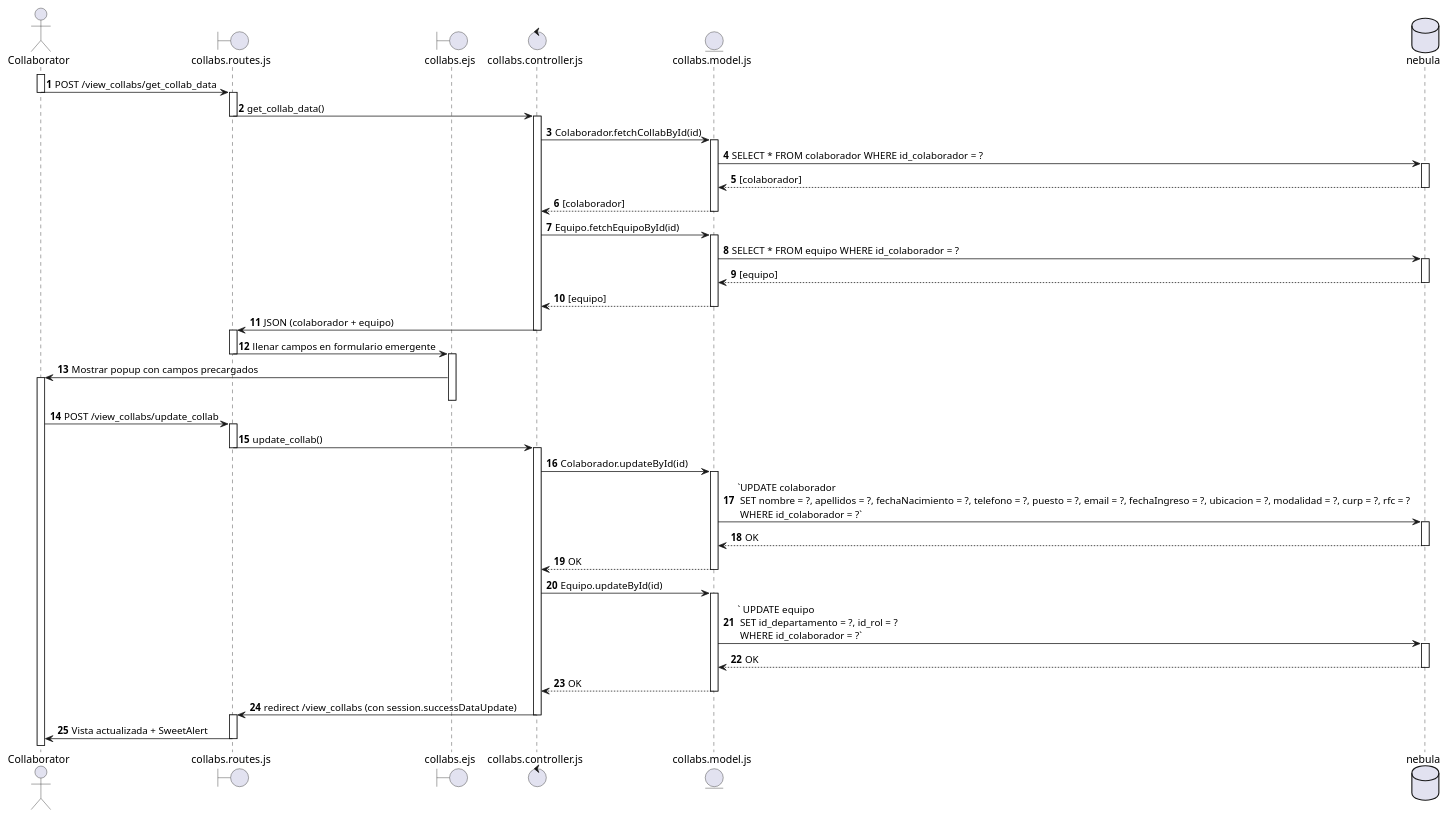
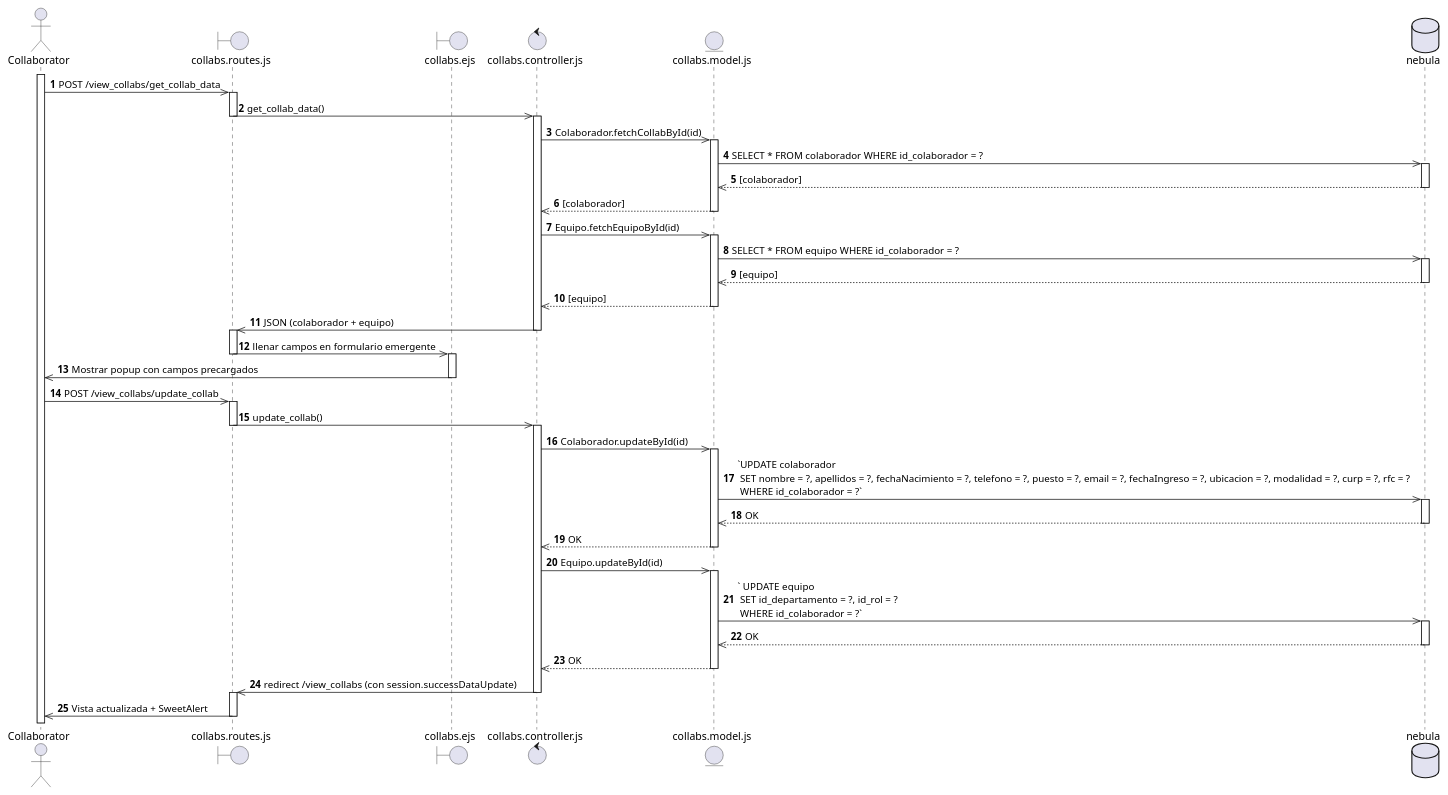
The diagram in diagramas_secuencia/req_31.puml (SALV19/Nebula_tc2005b), drawn with PlantUML before and after one commit. The commit also changed 1 other file, not shown here.

Commit message:
[UPDATE] Secuence Diagram

```diff
--- a/diagramas_secuencia/req_31.puml
+++ b/diagramas_secuencia/req_31.puml
@@ -1,86 +1,84 @@
 @startuml ModificarColaborador_REQ31_FINAL
 autonumber
 
 actor Collaborator
 boundary collabs.routes.js as Routes
 boundary collabs.ejs as View
 control collabs.controller.js as Controller
 entity collabs.model.js as Model
 database nebula as DB
 
 ' === Paso 1: Mostrar vista de colaboradores ===
 activate Collaborator
-Collaborator -> Routes : POST /view_collabs/get_collab_data
-deactivate Collaborator
+Collaborator ->> Routes : POST /view_collabs/get_collab_data
 activate Routes
-Routes -> Controller : get_collab_data()
+Routes ->> Controller : get_collab_data()
 deactivate Routes
 
 activate Controller
-Controller -> Model : Colaborador.fetchCollabById(id)
+Controller ->> Model : Colaborador.fetchCollabById(id)
 activate Model
 
-Model -> DB : SELECT * FROM colaborador WHERE id_colaborador = ?
+Model ->> DB : SELECT * FROM colaborador WHERE id_colaborador = ?
 
 activate DB
-DB --> Model : [colaborador]
+DB -->> Model : [colaborador]
 deactivate DB
-Model --> Controller : [colaborador]
+Model -->> Controller : [colaborador]
 deactivate Model
 
-Controller -> Model : Equipo.fetchEquipoById(id)
+Controller ->> Model : Equipo.fetchEquipoById(id)
 activate Model
-Model -> DB : SELECT * FROM equipo WHERE id_colaborador = ?
+Model ->> DB : SELECT * FROM equipo WHERE id_colaborador = ?
 activate DB
-DB --> Model : [equipo]
+DB -->> Model : [equipo]
 deactivate DB
-Model --> Controller : [equipo]
+Model -->> Controller : [equipo]
 deactivate Model
 
-Controller -> Routes : JSON (colaborador + equipo)
+Controller ->> Routes : JSON (colaborador + equipo)
 deactivate Controller
 activate Routes
-Routes -> View : llenar campos en formulario emergente
+Routes ->> View : llenar campos en formulario emergente
 deactivate Routes
 activate View
-View -> Collaborator : Mostrar popup con campos precargados
-activate Collaborator
+View ->> Collaborator : Mostrar popup con campos precargados
 deactivate View
 
 
 ' === Paso 3: Modificación de datos ===
-Collaborator -> Routes : POST /view_collabs/update_collab
+Collaborator ->> Routes : POST /view_collabs/update_collab
 
 activate Routes
-Routes -> Controller : update_collab()
+Routes ->> Controller : update_collab()
 deactivate Routes
 
 activate Controller
-Controller -> Model : Colaborador.updateById(id)
+Controller ->> Model : Colaborador.updateById(id)
 activate Model
-Model -> DB :`UPDATE colaborador \n SET nombre = ?, apellidos = ?, fechaNacimiento = ?, telefono = ?, puesto = ?, email = ?, fechaIngreso = ?, ubicacion = ?, modalidad = ?, curp = ?, rfc = ? \n WHERE id_colaborador = ?`
+Model ->> DB :`UPDATE colaborador \n SET nombre = ?, apellidos = ?, fechaNacimiento = ?, telefono = ?, puesto = ?, email = ?, fechaIngreso = ?, ubicacion = ?, modalidad = ?, curp = ?, rfc = ? \n WHERE id_colaborador = ?`
 
 activate DB
-DB --> Model : OK
+DB -->> Model : OK
 deactivate DB
-Model --> Controller : OK
+Model -->> Controller : OK
 deactivate Model
 
-Controller -> Model : Equipo.updateById(id)
+Controller ->> Model : Equipo.updateById(id)
 activate Model
 
-Model -> DB :` UPDATE equipo \n SET id_departamento = ?, id_rol = ? \n WHERE id_colaborador = ?`
+Model ->> DB :` UPDATE equipo \n SET id_departamento = ?, id_rol = ? \n WHERE id_colaborador = ?`
 activate DB
-DB --> Model : OK
+DB -->> Model : OK
 deactivate DB
-Model --> Controller : OK
+Model -->> Controller : OK
 deactivate Model
 
-Controller -> Routes : redirect /view_collabs (con session.successDataUpdate)
+Controller ->> Routes : redirect /view_collabs (con session.successDataUpdate)
 deactivate Controller
 activate Routes
-Routes -> Collaborator : Vista actualizada + SweetAlert
+Routes ->> Collaborator : Vista actualizada + SweetAlert
 deactivate Routes
 deactivate Controller
 
 @enduml
```
